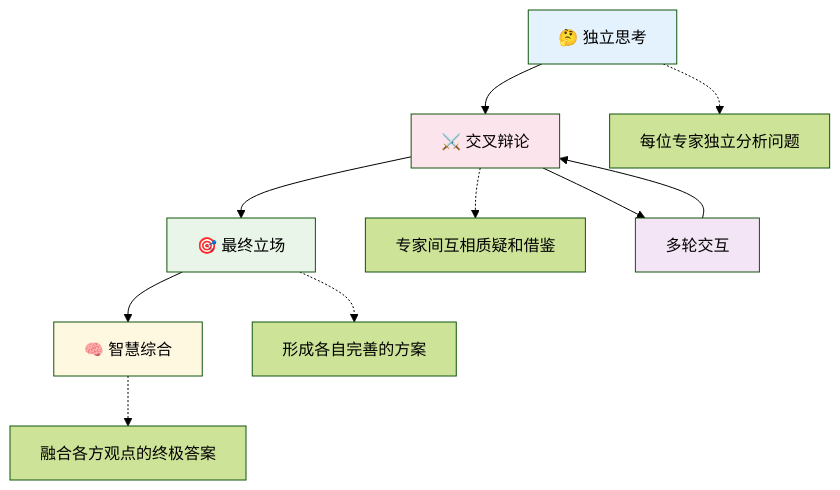
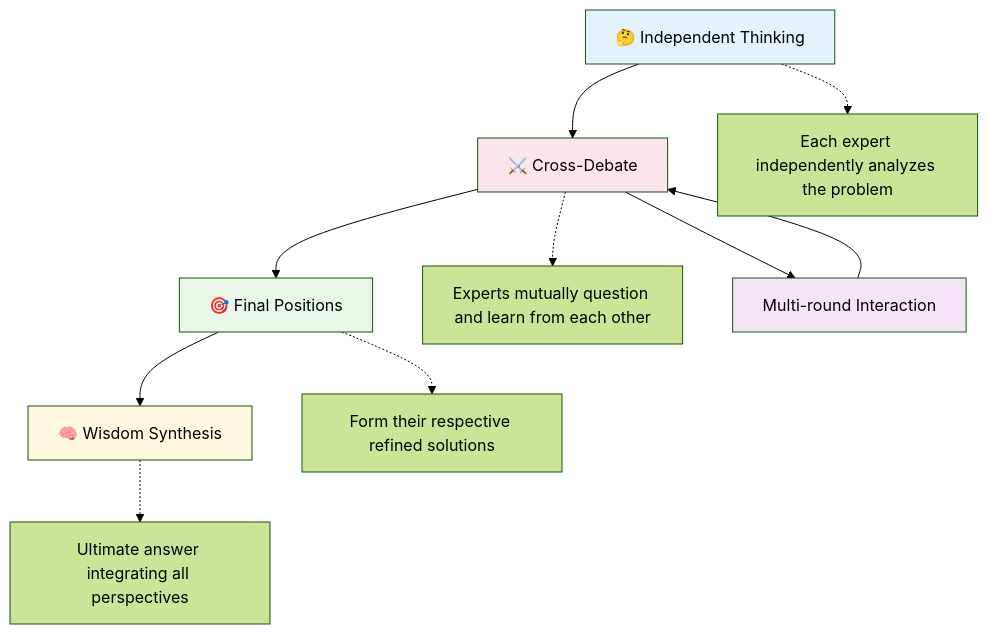
Before and after one commit to MitsudoAI/guru-pk-mcp: the second of 2 diagrams in README.md, drawn with Mermaid (forest theme). The commit also changed other lines of this file and 2 other files, not shown here.

````diff
--- a/README.md
+++ b/README.md
@@ -200,25 +206,25 @@
 ```mermaid
 flowchart TD
-    A[🤔 独立思考] --> B[⚔️ 交叉辩论]
-    B --> C[🎯 最终立场]
-    C --> D[🧠 智慧综合]
+    A[🤔 Independent Thinking] --> B[⚔️ Cross-Debate]
+    B --> C[🎯 Final Positions]
+    C --> D[🧠 Wisdom Synthesis]
     
-    A1[每位专家独立分析问题]
-    B1[专家间互相质疑和借鉴]
-    C1[形成各自完善的方案]
-    D1[融合各方观点的终极答案]
+    A1[Each expert independently analyzes the problem]
+    B1[Experts mutually question and learn from each other]
+    C1[Form their respective refined solutions]
+    D1[Ultimate answer integrating all perspectives]
     
     A -.-> A1
     B -.-> B1
     C -.-> C1
     D -.-> D1
     
-    B --> B2[多轮交互]
+    B --> B2[Multi-round Interaction]
     B2 --> B
     
     style A fill:#e3f2fd
     style B fill:#fce4ec
     style C fill:#e8f5e8
     style D fill:#fff8e1
     style B2 fill:#f3e5f5
 ```
````
